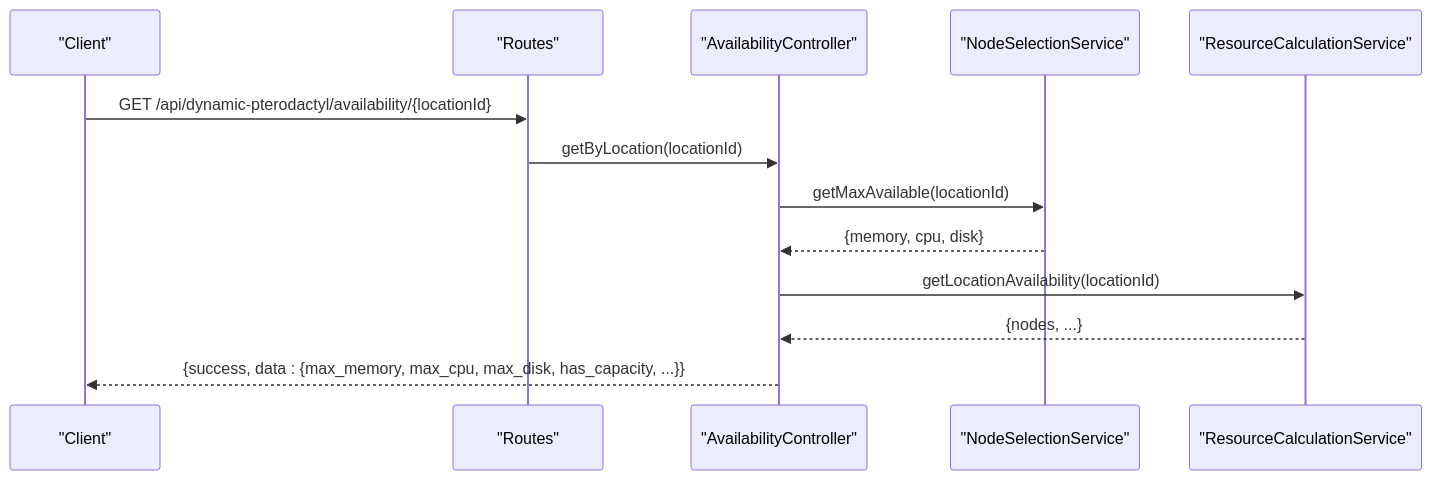
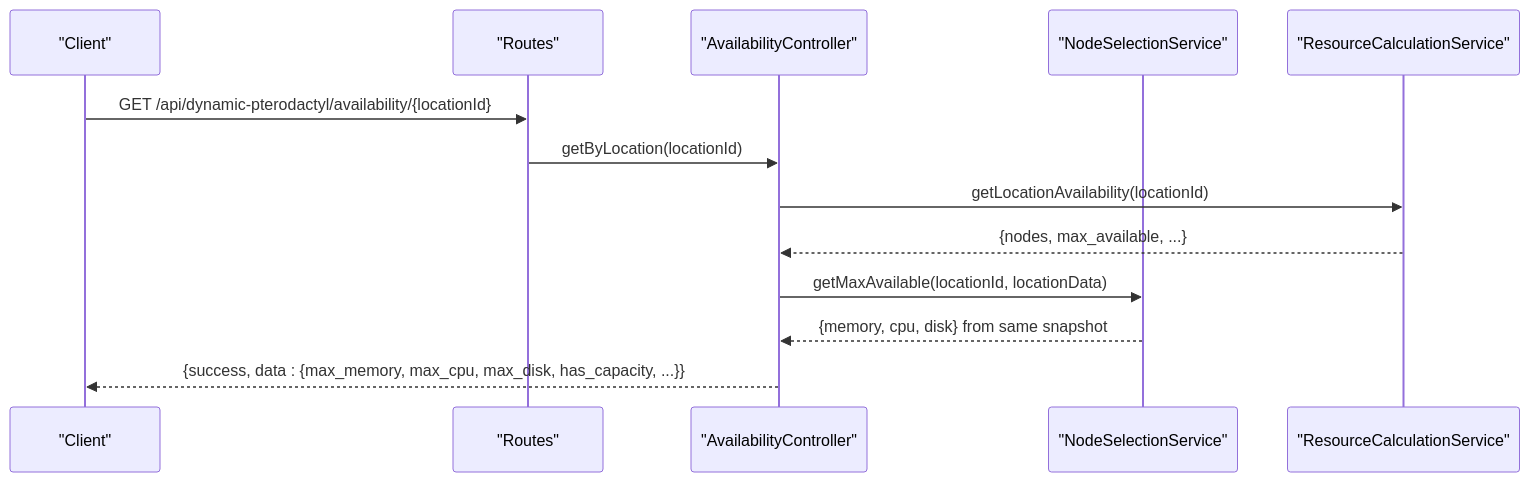
Before and after one commit to ObsidianNetwork/dynamic-pterodactyl: the second of 4 diagrams in .qoder/repowiki/en/content/API Reference/Public API Endpoints/Public API Endpoints.md, drawn with Mermaid. The commit also changed 9 other files, not shown here.

Commit message:
docs: document single snapshot and cpu policy gate

````diff
--- a/.qoder/repowiki/en/content/API Reference/Public API Endpoints/Public API Endpoints.md
+++ b/.qoder/repowiki/en/content/API Reference/Public API Endpoints/Public API Endpoints.md
@@ -92,15 +92,15 @@
 ```mermaid
 sequenceDiagram
 participant C as "Client"
 participant R as "Routes"
 participant A as "AvailabilityController"
 participant N as "NodeSelectionService"
 participant S as "ResourceCalculationService"
 C->>R : GET /api/dynamic-pterodactyl/availability/{locationId}
 R->>A : getByLocation(locationId)
-A->>N : getMaxAvailable(locationId)
-N-->>A : {memory, cpu, disk}
 A->>S : getLocationAvailability(locationId)
-S-->>A : {nodes, ...}
+S-->>A : {nodes, max_available, ...}
+A->>N : getMaxAvailable(locationId, locationData)
+N-->>A : {memory, cpu, disk} from same snapshot
 A-->>C : {success, data : {max_memory, max_cpu, max_disk, has_capacity, ...}}
 ```
````
